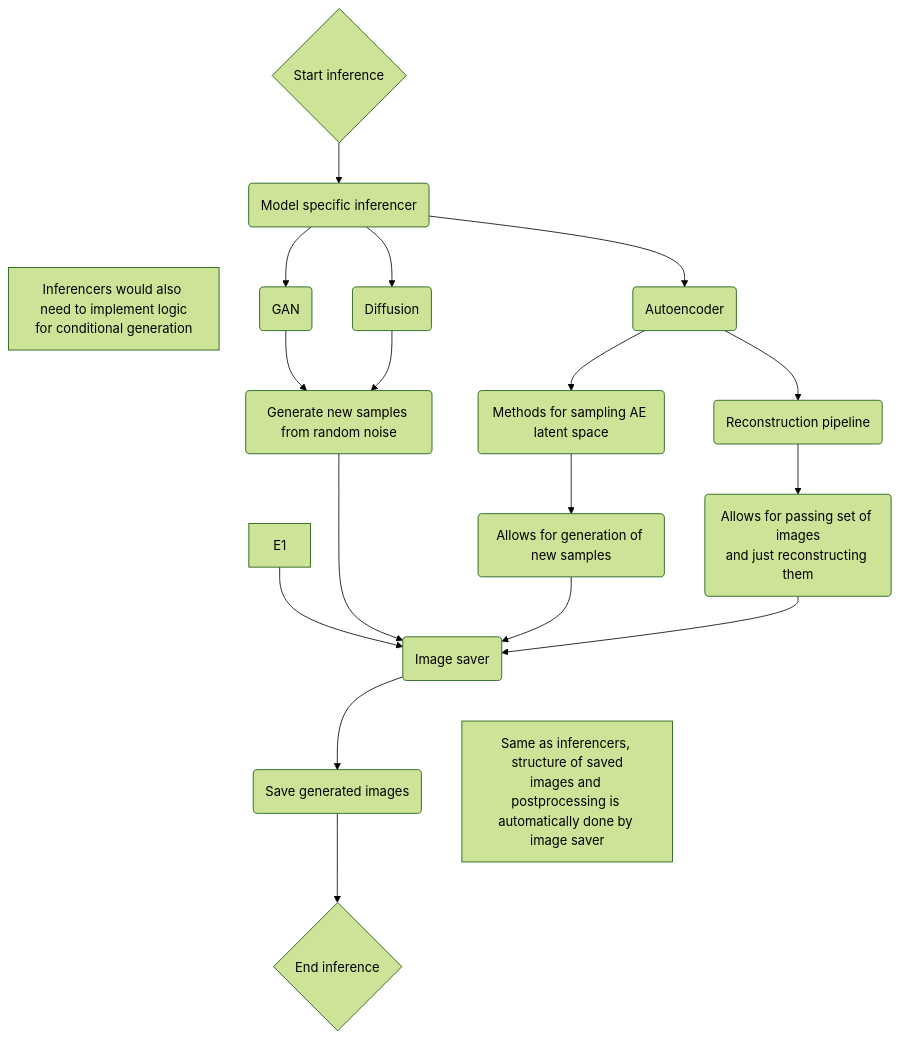
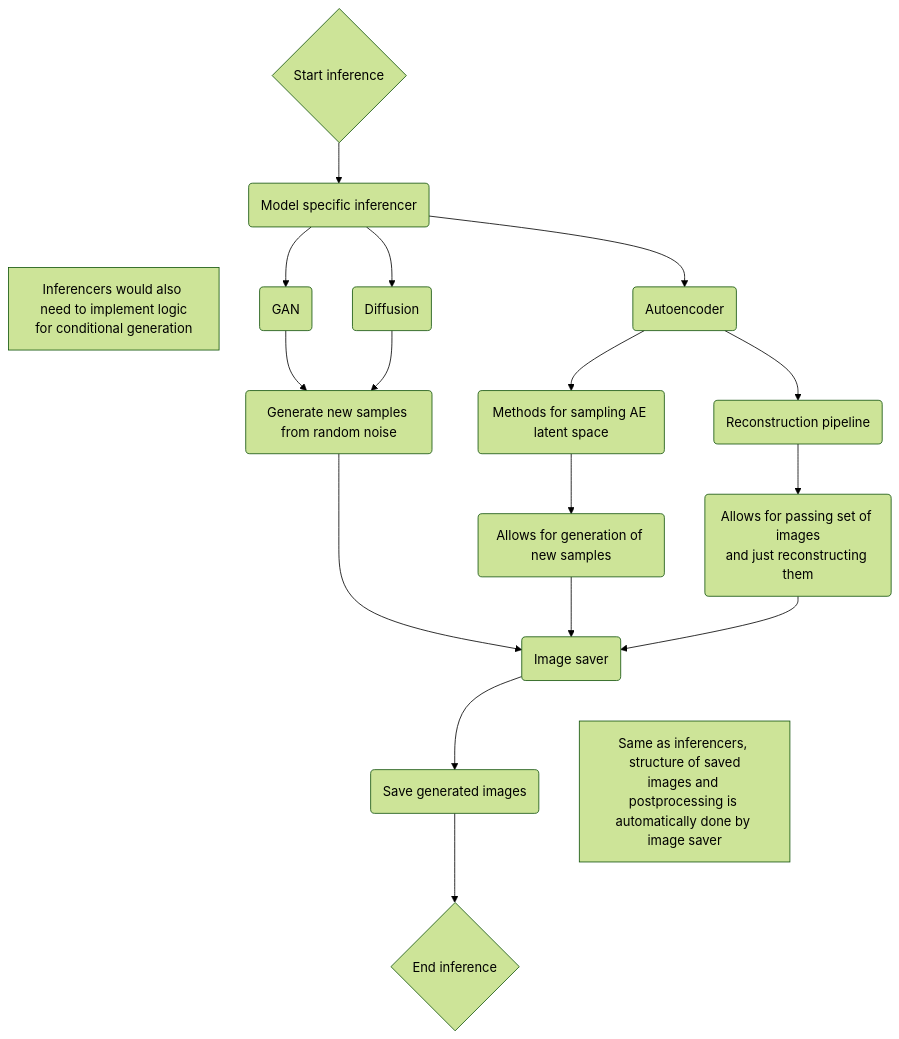
One commit to mlcommons/GaNDLF-Synth changed the diagram in mermaid/inference.md. Above: the diagram before and after it, drawn with Mermaid (forest theme).

````diff
--- a/mermaid/inference.md
+++ b/mermaid/inference.md
@@ -1,27 +1,26 @@
 ```mermaid
 flowchart TD
 A{Start inference} --> B(Model specific inferencer)
 B ~~~ BComm[Inferencers would also need to implement logic
 for conditional generation]
 B --> C(Autoencoder)
 B --> D(GAN)
 B --> E(Diffusion)
 C --> C1(Reconstruction pipeline)
 %% ae
 C1 --> C11(Allows for passing set of images
 and just reconstructing them)
 C --> C2(Methods for sampling AE latent space)
 C2 --> C21(Allows for generation of new samples)
 %% GAN
 D --> D1(Generate new samples from random noise)
 E --> D1
 
-E1 --> F(Image saver)
-D1 --> F
+D1 --> F(Image saver)
 C21 --> F
 C11 --> F
 F --> G(Save generated images)
 F ~~~ FComm[Same as inferencers, structure of saved
 images and postprocessing is automatically done by image saver]
 G --> H{End inference}
 ```
````
